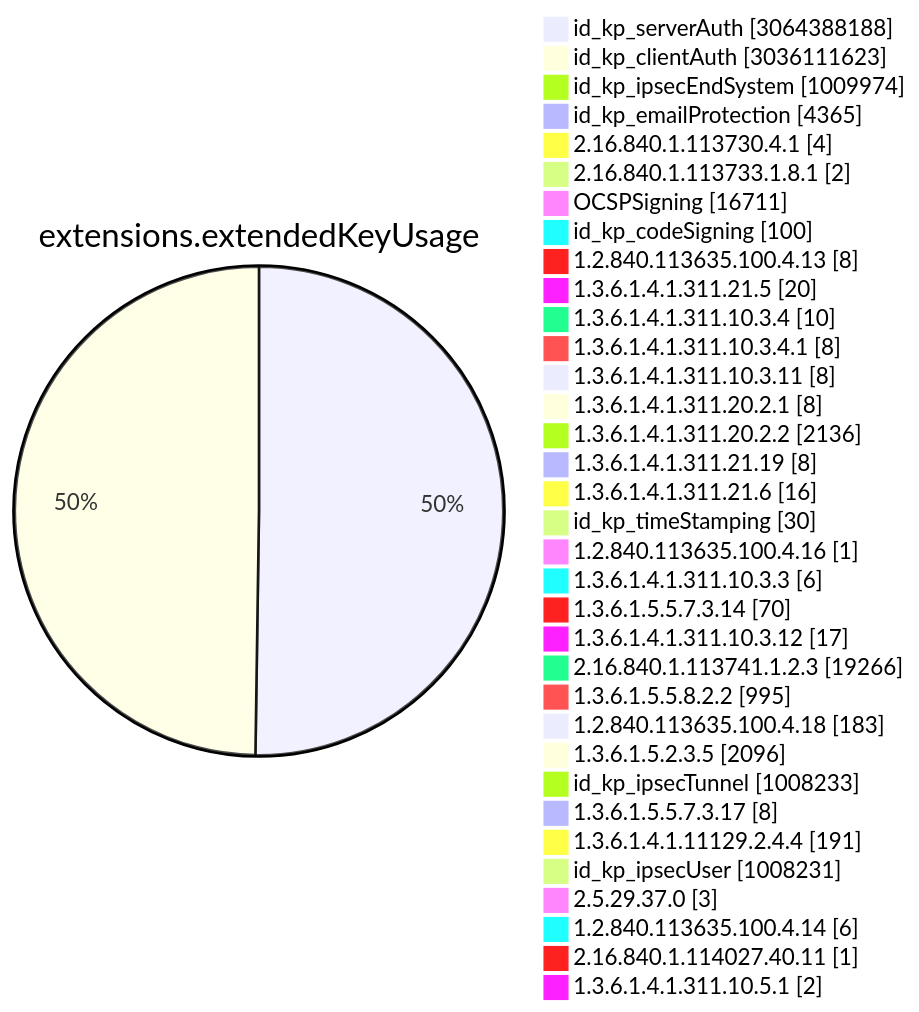
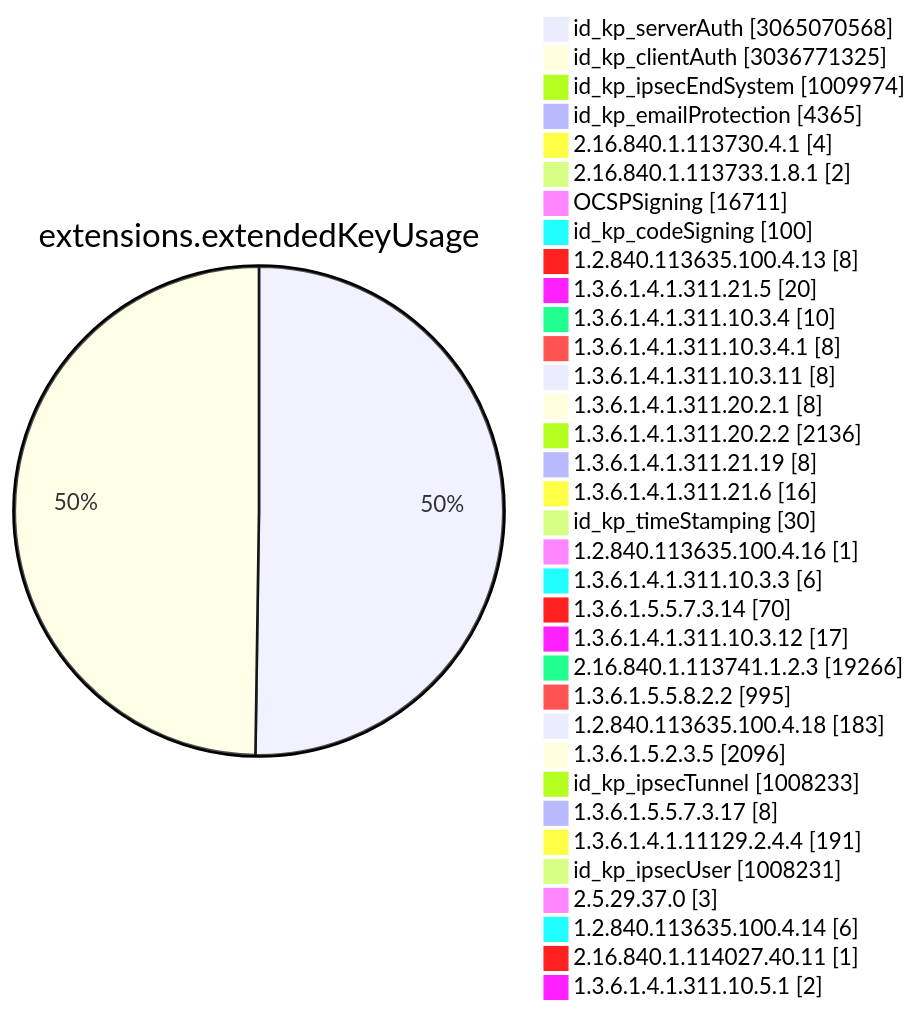
One commit to christiankrug/ctmonitor_visualization changed diagram 11 of 15 in TOTAL/README.md. Above: the diagram before and after it, drawn with Mermaid. The commit also changed other lines of this file, not shown here.

````diff
--- a/TOTAL/README.md
+++ b/TOTAL/README.md
@@ -4117,38 +4117,38 @@
 ```mermaid
 pie showData
 title extensions.extendedKeyUsage
-"id_kp_serverAuth" :3064388188
-"id_kp_clientAuth" :3036111623
+"id_kp_serverAuth" :3065070568
+"id_kp_clientAuth" :3036771325
 "id_kp_ipsecEndSystem" :1009974
 "id_kp_emailProtection" :4365
 "2.16.840.1.113730.4.1" :4
 "2.16.840.1.113733.1.8.1" :2
 "OCSPSigning" :16711
 "id_kp_codeSigning" :100
 "1.2.840.113635.100.4.13" :8
 "1.3.6.1.4.1.311.21.5" :20
 "1.3.6.1.4.1.311.10.3.4" :10
 "1.3.6.1.4.1.311.10.3.4.1" :8
 "1.3.6.1.4.1.311.10.3.11" :8
 "1.3.6.1.4.1.311.20.2.1" :8
 "1.3.6.1.4.1.311.20.2.2" :2136
 "1.3.6.1.4.1.311.21.19" :8
 "1.3.6.1.4.1.311.21.6" :16
 "id_kp_timeStamping" :30
 "1.2.840.113635.100.4.16" :1
 "1.3.6.1.4.1.311.10.3.3" :6
 "1.3.6.1.5.5.7.3.14" :70
 "1.3.6.1.4.1.311.10.3.12" :17
 "2.16.840.1.113741.1.2.3" :19266
 "1.3.6.1.5.5.8.2.2" :995
 "1.2.840.113635.100.4.18" :183
 "1.3.6.1.5.2.3.5" :2096
 "id_kp_ipsecTunnel" :1008233
 "1.3.6.1.5.5.7.3.17" :8
 "1.3.6.1.4.1.11129.2.4.4" :191
 "id_kp_ipsecUser" :1008231
 "2.5.29.37.0" :3
 "1.2.840.113635.100.4.14" :6
 "2.16.840.1.114027.40.11" :1
 "1.3.6.1.4.1.311.10.5.1" :2
 ```
````
